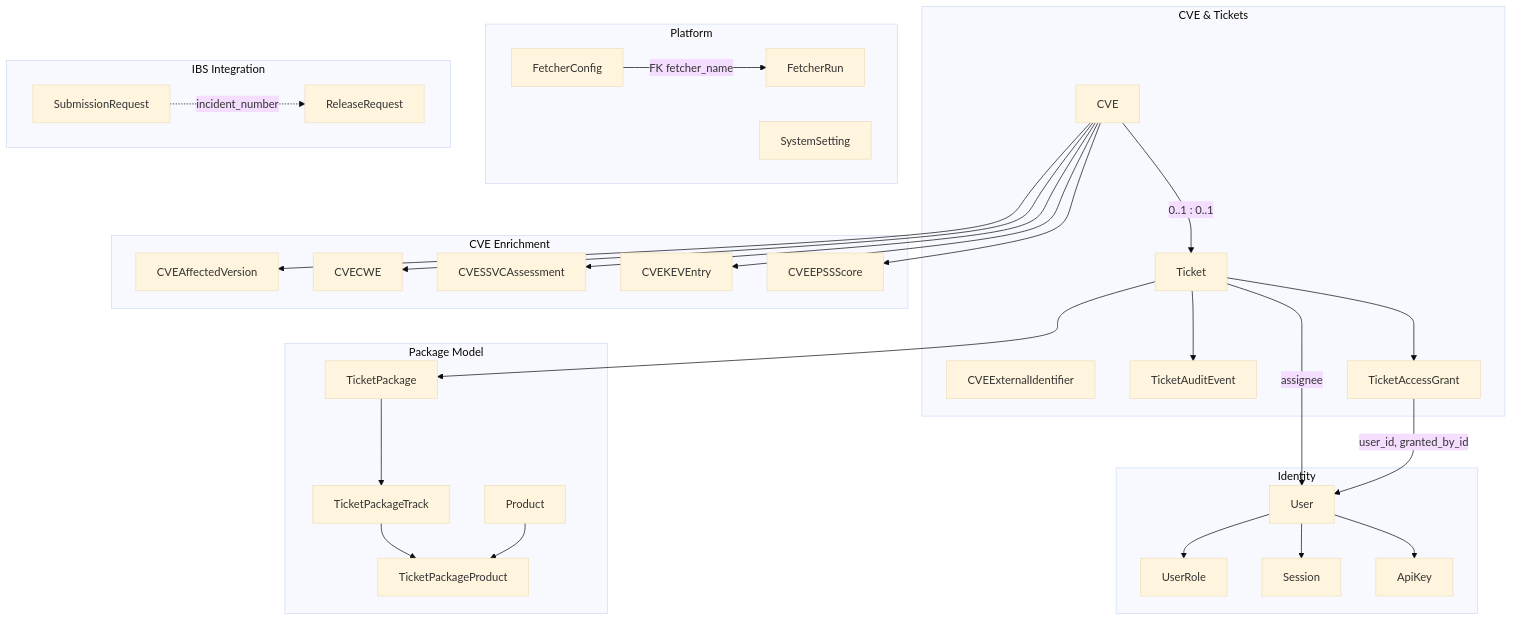
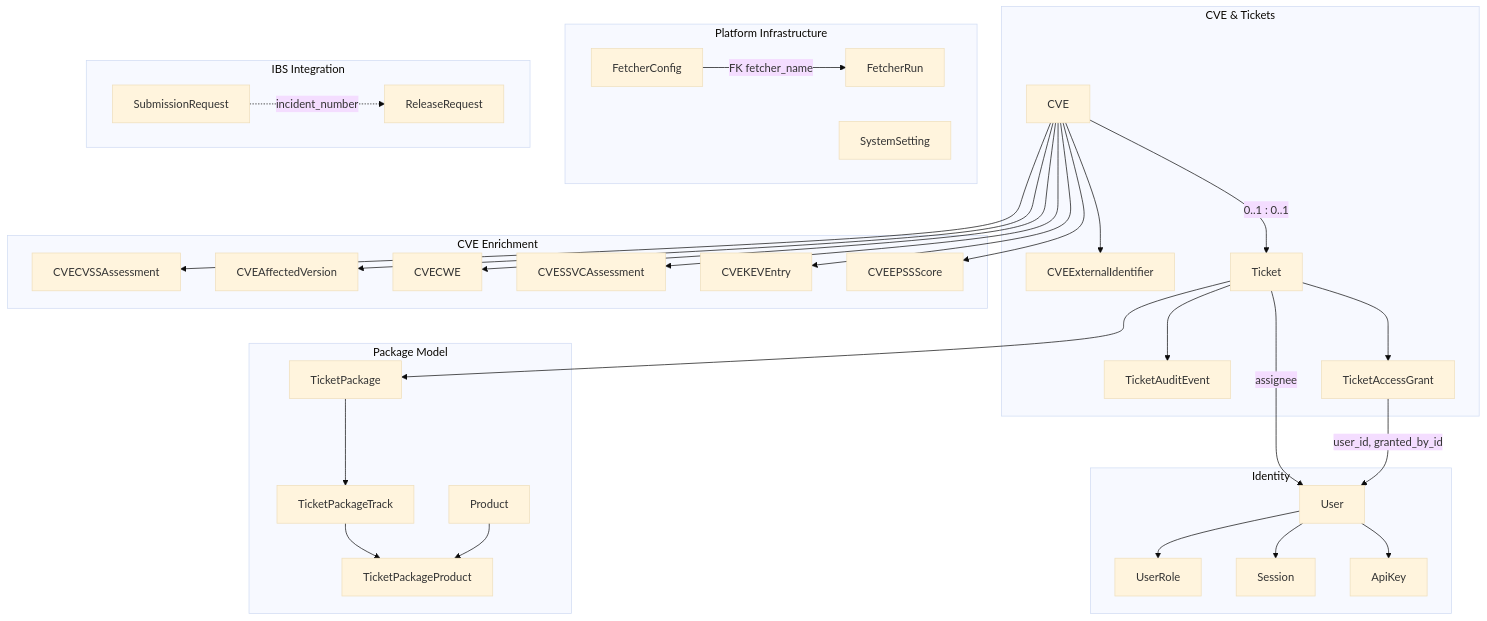
Before and after one commit to StayPirate/STAMP: the first of 6 diagrams in docs/data-model.md, drawn with Mermaid (base theme). The commit also changed other lines of this file and 3 other files, not shown here.

````diff
--- a/docs/data-model.md
+++ b/docs/data-model.md
@@ -20,63 +38,66 @@
 ```mermaid
 flowchart TB
     subgraph cve_tickets["CVE & Tickets"]
         CVE
         CVEExternalIdentifier
         Ticket
         TicketAuditEvent
         TicketAccessGrant
     end
 
     subgraph cve_enrichment["CVE Enrichment"]
+        CVECVSSAssessment
         CVEAffectedVersion
         CVECWE
         CVESSVCAssessment
         CVEKEVEntry
         CVEEPSSScore
     end
 
     subgraph packages["Package Model"]
         TicketPackage
         TicketPackageTrack
         TicketPackageProduct
         Product
     end
 
     subgraph identity["Identity"]
         User
         UserRole
         Session
         ApiKey
     end
 
-    subgraph platform["Platform"]
+    subgraph platform["Platform Infrastructure"]
         FetcherConfig
         FetcherRun
         SystemSetting
     end
 
     subgraph ibs["IBS Integration"]
         SubmissionRequest
         ReleaseRequest
     end
 
+    CVE --> CVEExternalIdentifier
+    CVE --> CVECVSSAssessment
     CVE --> CVEAffectedVersion
     CVE --> CVECWE
     CVE --> CVESSVCAssessment
     CVE --> CVEKEVEntry
     CVE --> CVEEPSSScore
     CVE -->|"0..1 : 0..1"| Ticket
     Ticket --> TicketAuditEvent
     Ticket --> TicketAccessGrant
     Ticket --> TicketPackage
     Ticket -->|"assignee"| User
     TicketAccessGrant -->|"user_id, granted_by_id"| User
     TicketPackage --> TicketPackageTrack
     TicketPackageTrack --> TicketPackageProduct
     Product --> TicketPackageProduct
     User --> UserRole
     User --> Session
     User --> ApiKey
     FetcherConfig -->|"FK fetcher_name"| FetcherRun
     SubmissionRequest -.->|"incident_number"| ReleaseRequest
 ```
````
